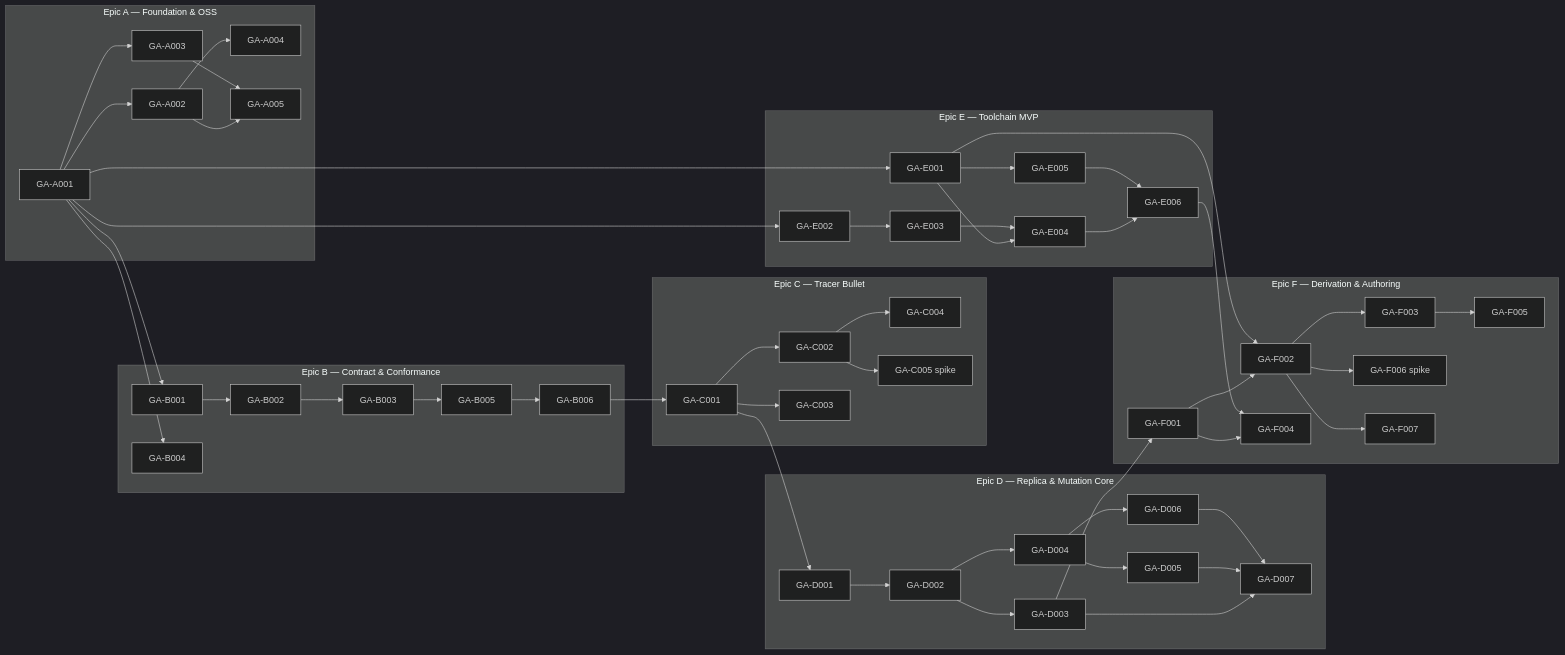
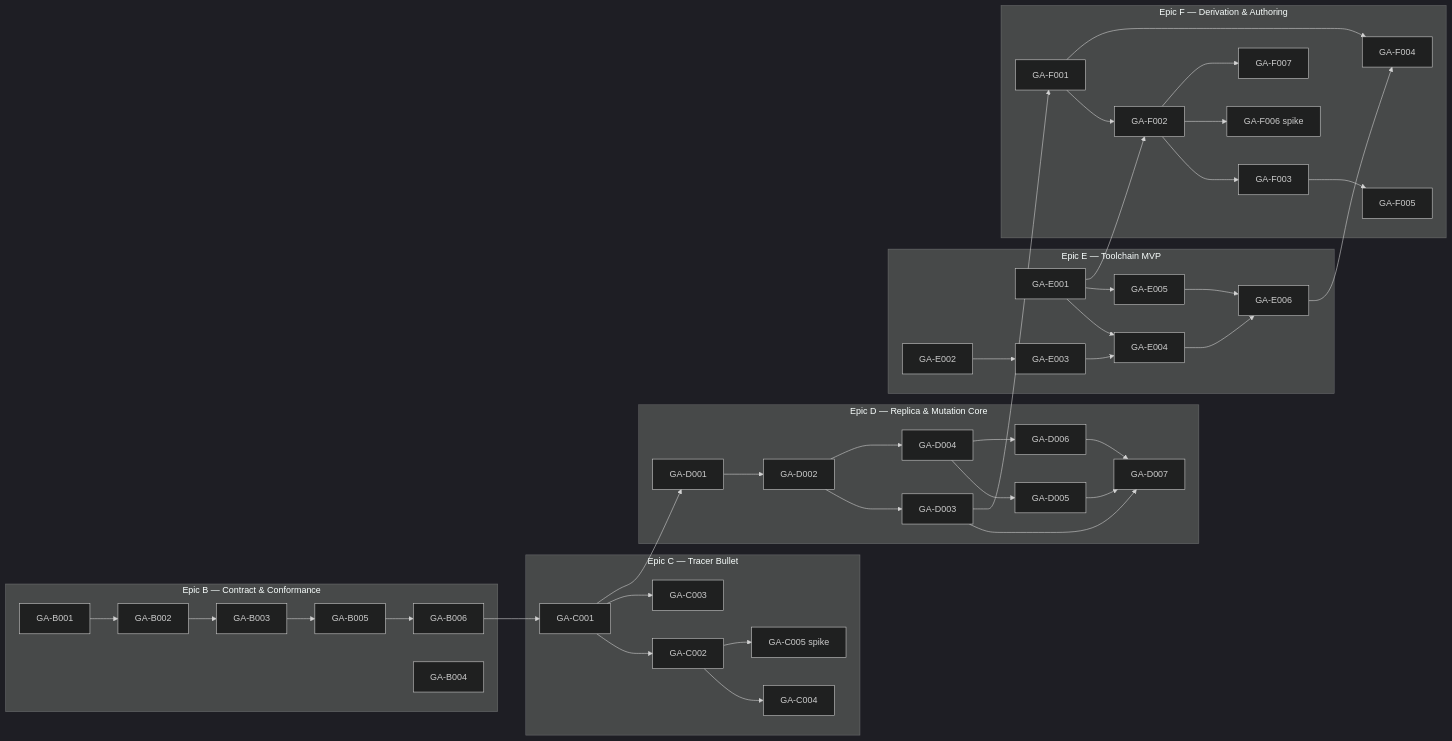
The diagram in .constitution/tasks/critical-path.md (SkrOYC/gpui-admin), drawn with Mermaid (dark theme) before and after one commit. The commit also changed other lines of this file and 2 other files, not shown here.

First line of the commit message:
Close Epic A: archive ticket and recompute critical path (#3)

````diff
--- a/.constitution/tasks/critical-path.md
+++ b/.constitution/tasks/critical-path.md
@@ -25,46 +24,38 @@
 ```mermaid
 flowchart LR
-    subgraph A[Epic A — Foundation & OSS]
-        A001[GA-A001] --> A002[GA-A002]
-        A001 --> A003[GA-A003]
-        A002 --> A004[GA-A004]
-        A002 --> A005[GA-A005]
-        A003 --> A005
-    end
+    %% Epic A (Foundation & OSS Bootstrap) completed 2026-07-10 — see completed/.
+    %% Its outputs (workspace, CI, licensing, crate reservations, protected master)
+    %% are the substrate B/E build on; GA-A001's gating edges are therefore satisfied.
     subgraph B[Epic B — Contract & Conformance]
         B001[GA-B001] --> B002[GA-B002] --> B003[GA-B003] --> B005[GA-B005] --> B006[GA-B006]
         B004[GA-B004]
     end
     subgraph C[Epic C — Tracer Bullet]
         C001[GA-C001] --> C002[GA-C002] --> C004[GA-C004]
         C001 --> C003[GA-C003]
         C002 --> C005[GA-C005 spike]
     end
     subgraph D[Epic D — Replica & Mutation Core]
         D001[GA-D001] --> D002[GA-D002] --> D003[GA-D003] --> D007[GA-D007]
         D002 --> D004[GA-D004] --> D005[GA-D005] --> D007
         D004 --> D006[GA-D006] --> D007
     end
     subgraph E[Epic E — Toolchain MVP]
         E001[GA-E001] --> E004[GA-E004]
         E002[GA-E002] --> E003[GA-E003] --> E004
         E001 --> E005[GA-E005]
         E004 --> E006[GA-E006]
         E005 --> E006
     end
     subgraph F[Epic F — Derivation & Authoring]
         F001[GA-F001] --> F002[GA-F002] --> F003[GA-F003] --> F005[GA-F005]
         F001 --> F004[GA-F004]
         F002 --> F006[GA-F006 spike]
         F002 --> F007[GA-F007]
     end
-    A001 --> B001
-    A001 --> B004
-    A001 --> E001
-    A001 --> E002
     B006 --> C001
     C001 --> D001
     D003 --> F001
     E001 --> F002
     E006 --> F004
 ```
````
